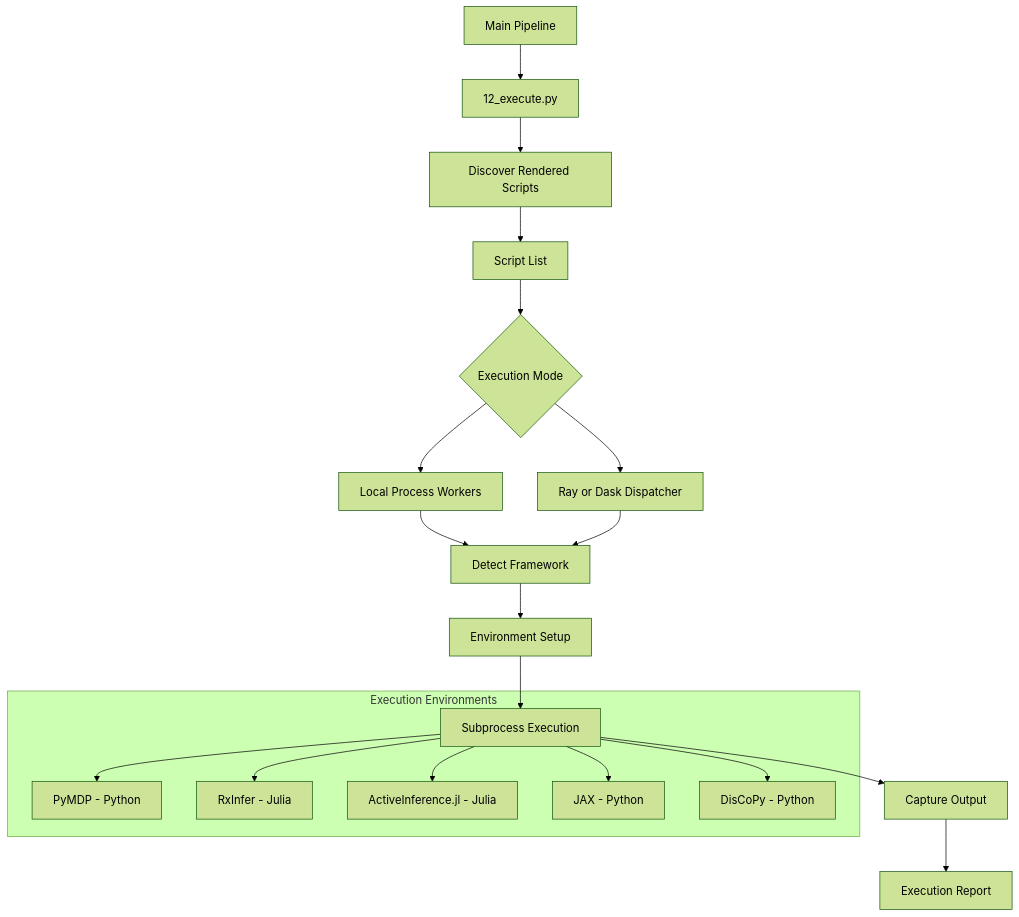
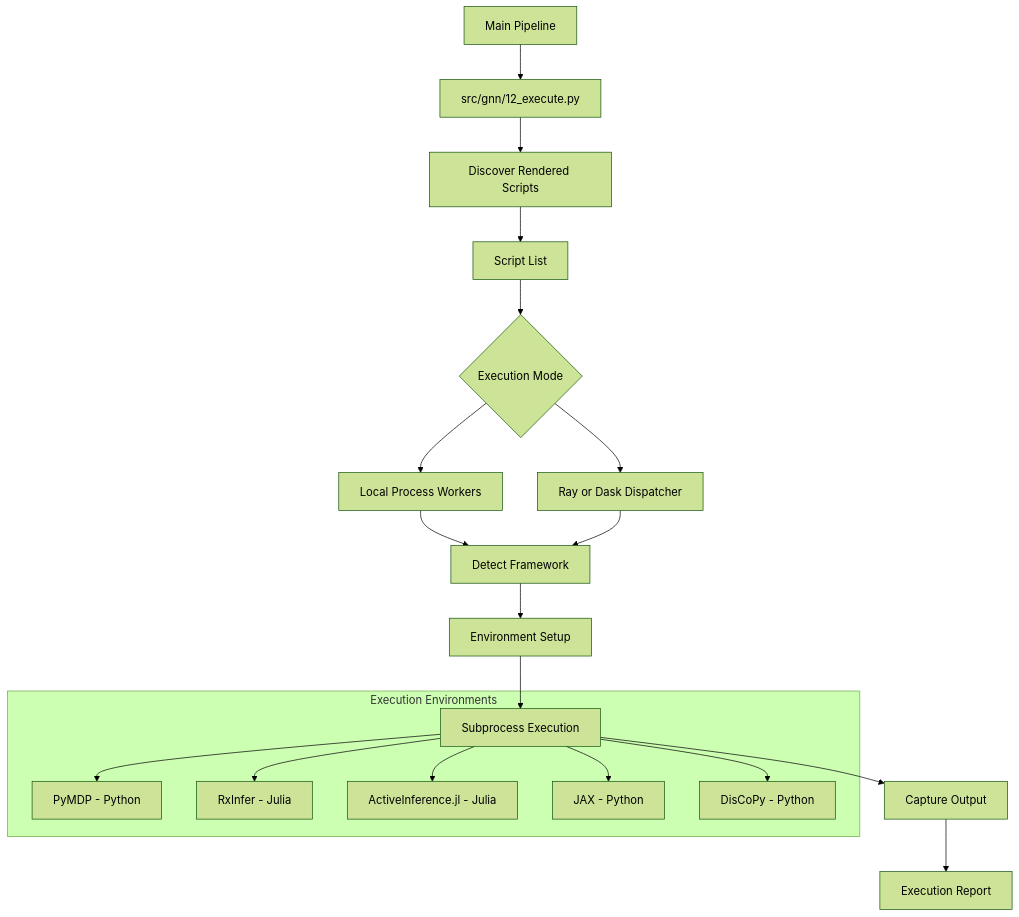
The diagram in src/gnn/execute/README.md (ActiveInferenceInstitute/GeneralizedNotationNotation), drawn with Mermaid (forest theme) before and after one commit. The commit also changed other lines of this file and 131 other files, not shown here.

````diff
--- a/src/gnn/execute/README.md
+++ b/src/gnn/execute/README.md
@@ -44,24 +46,24 @@
 ```mermaid
 graph TD
-    Pipeline[Main Pipeline] --> Step12[12_execute.py]
+    Pipeline[Main Pipeline] --> Step12[src/gnn/12_execute.py]
     Step12 --> Discovery[Discover Rendered Scripts]
     Discovery --> List[Script List]
     
     List --> Dispatch{Execution Mode}
     Dispatch --> Local[Local Process Workers]
     Dispatch --> Distributed[Ray or Dask Dispatcher]
     Local --> Detect[Detect Framework]
     Distributed --> Detect
     Detect --> Setup[Environment Setup]
     Setup --> Run[Subprocess Execution]
     Run --> Capture[Capture Output]
     Capture --> Report[Execution Report]
     
     subgraph "Execution Environments"
     Run --> PyMDP[PyMDP - Python]
     Run --> RxInfer[RxInfer - Julia]
     Run --> ActInf[ActiveInference.jl - Julia]
     Run --> JAX[JAX - Python]
     Run --> DisCoPy[DisCoPy - Python]
     end
 ```
````
